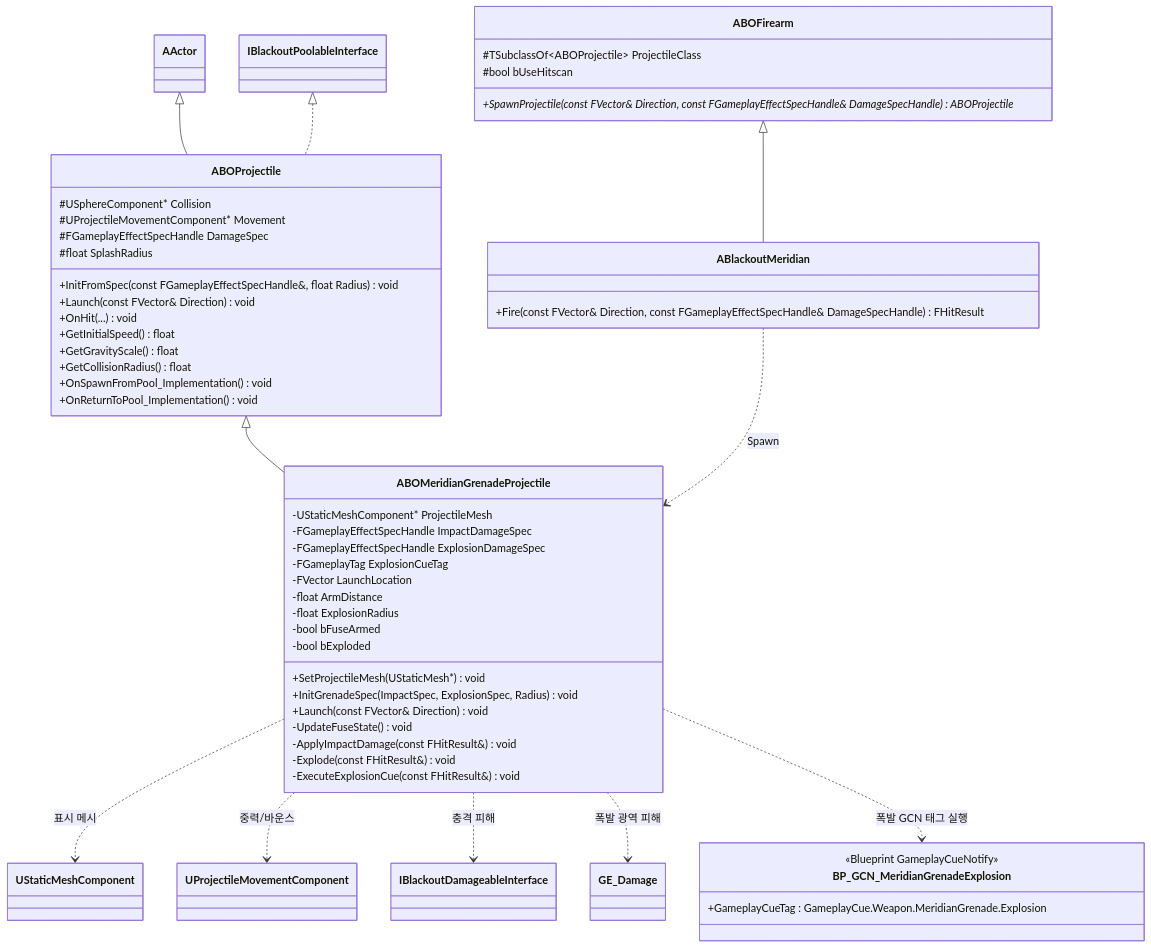
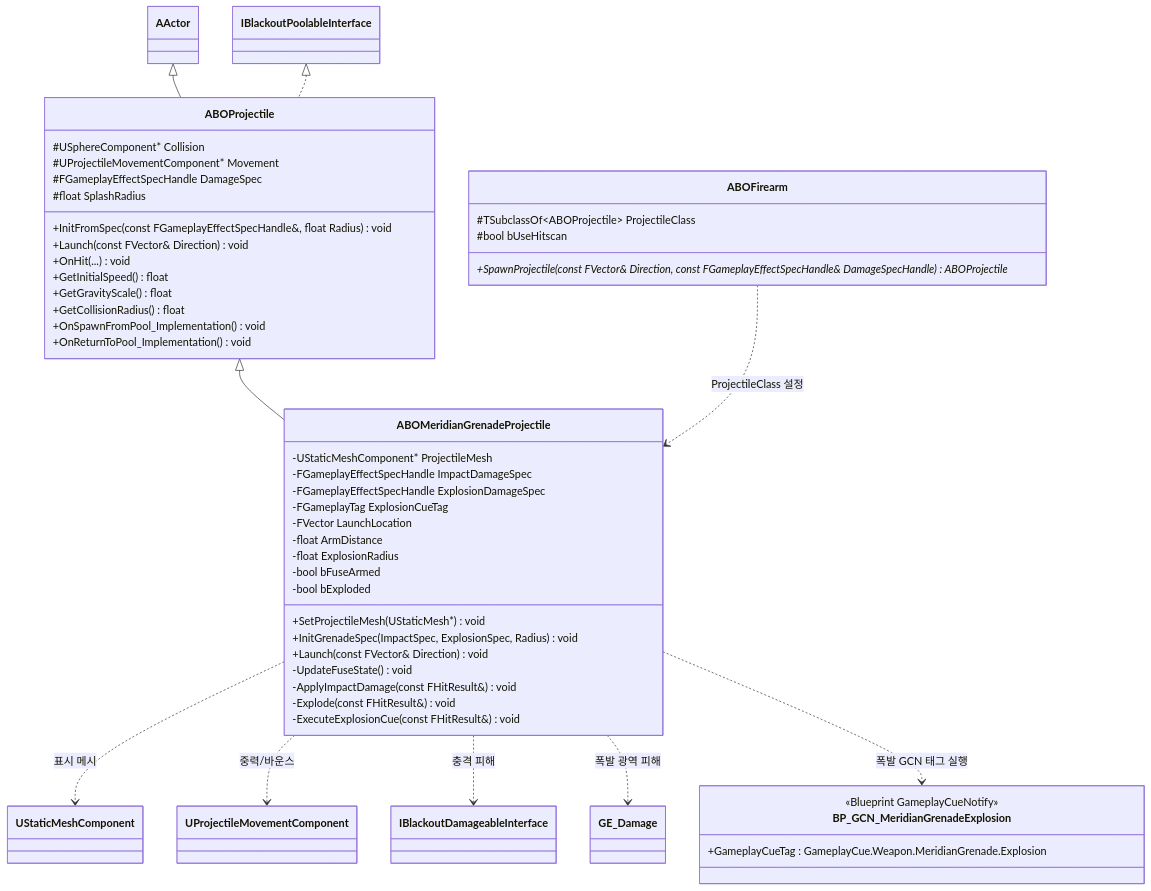
The diagram in Docs/Combat/08_Meridian_Grenade_Projectile.md (ThunderVolt45/ProjectBlackout), drawn with Mermaid before and after one commit. The commit also changed other lines of this file and 19 other files, not shown here.

````diff
--- a/Docs/Combat/08_Meridian_Grenade_Projectile.md
+++ b/Docs/Combat/08_Meridian_Grenade_Projectile.md
@@ -5,66 +5,61 @@
 ```mermaid
 classDiagram
     direction TB
 
     AActor <|-- ABOProjectile
     ABOProjectile <|-- ABOMeridianGrenadeProjectile
-    ABOFirearm <|-- ABlackoutMeridian
 
     IBlackoutPoolableInterface <|.. ABOProjectile
 
     class ABOFirearm {
         #TSubclassOf~ABOProjectile~ ProjectileClass
         #bool bUseHitscan
         +SpawnProjectile(const FVector& Direction, const FGameplayEffectSpecHandle& DamageSpecHandle) ABOProjectile*
-    }
-
-    class ABlackoutMeridian {
-        +Fire(const FVector& Direction, const FGameplayEffectSpecHandle& DamageSpecHandle) FHitResult
     }
 
     class ABOProjectile {
         #USphereComponent* Collision
         #UProjectileMovementComponent* Movement
         #FGameplayEffectSpecHandle DamageSpec
         #float SplashRadius
         +InitFromSpec(const FGameplayEffectSpecHandle&, float Radius) void
         +Launch(const FVector& Direction) void
         +OnHit(...) void
         +GetInitialSpeed() float
         +GetGravityScale() float
         +GetCollisionRadius() float
         +OnSpawnFromPool_Implementation() void
         +OnReturnToPool_Implementation() void
     }
 
     class ABOMeridianGrenadeProjectile {
         -UStaticMeshComponent* ProjectileMesh
         -FGameplayEffectSpecHandle ImpactDamageSpec
         -FGameplayEffectSpecHandle ExplosionDamageSpec
         -FGameplayTag ExplosionCueTag
         -FVector LaunchLocation
         -float ArmDistance
         -float ExplosionRadius
         -bool bFuseArmed
         -bool bExploded
         +SetProjectileMesh(UStaticMesh*) void
         +InitGrenadeSpec(ImpactSpec, ExplosionSpec, Radius) void
         +Launch(const FVector& Direction) void
         -UpdateFuseState() void
         -ApplyImpactDamage(const FHitResult&) void
         -Explode(const FHitResult&) void
         -ExecuteExplosionCue(const FHitResult&) void
     }
 
     class BP_GCN_MeridianGrenadeExplosion {
         <<Blueprint GameplayCueNotify>>
         +GameplayCueTag : GameplayCue.Weapon.MeridianGrenade.Explosion
     }
 
-    ABlackoutMeridian ..> ABOMeridianGrenadeProjectile : Spawn
+    ABOFirearm ..> ABOMeridianGrenadeProjectile : ProjectileClass 설정
     ABOMeridianGrenadeProjectile ..> UStaticMeshComponent : 표시 메시
     ABOMeridianGrenadeProjectile ..> UProjectileMovementComponent : 중력/바운스
     ABOMeridianGrenadeProjectile ..> IBlackoutDamageableInterface : 충격 피해
     ABOMeridianGrenadeProjectile ..> GE_Damage : 폭발 광역 피해
     ABOMeridianGrenadeProjectile ..> BP_GCN_MeridianGrenadeExplosion : 폭발 GCN 태그 실행
 ```
````
